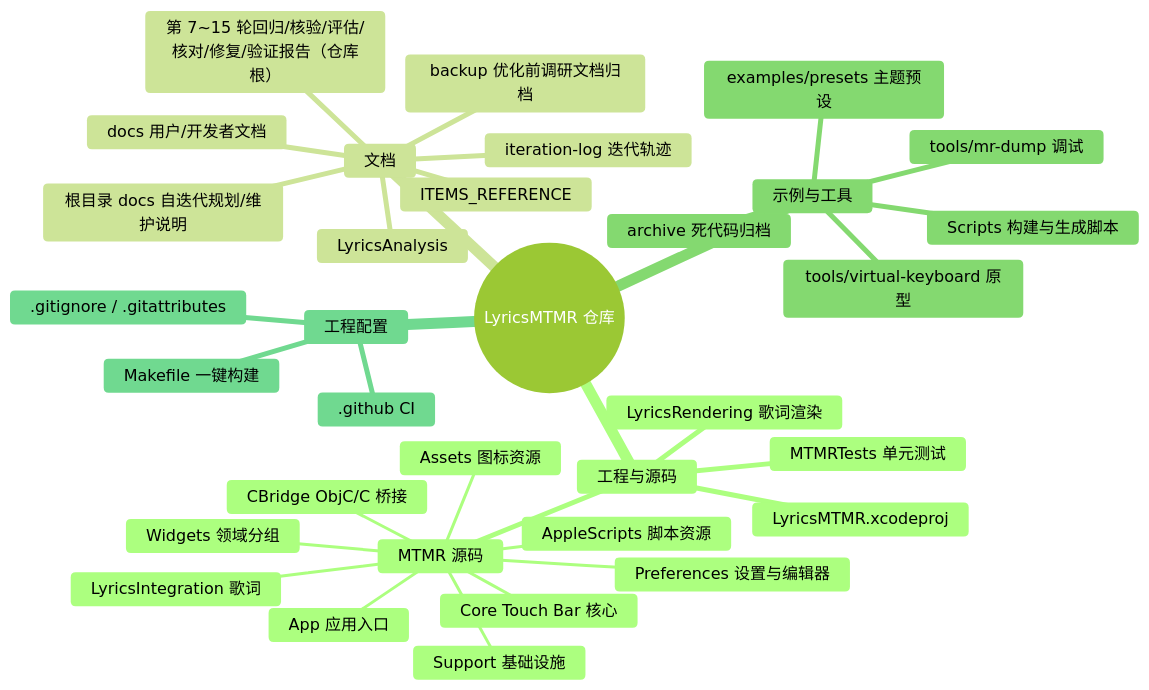
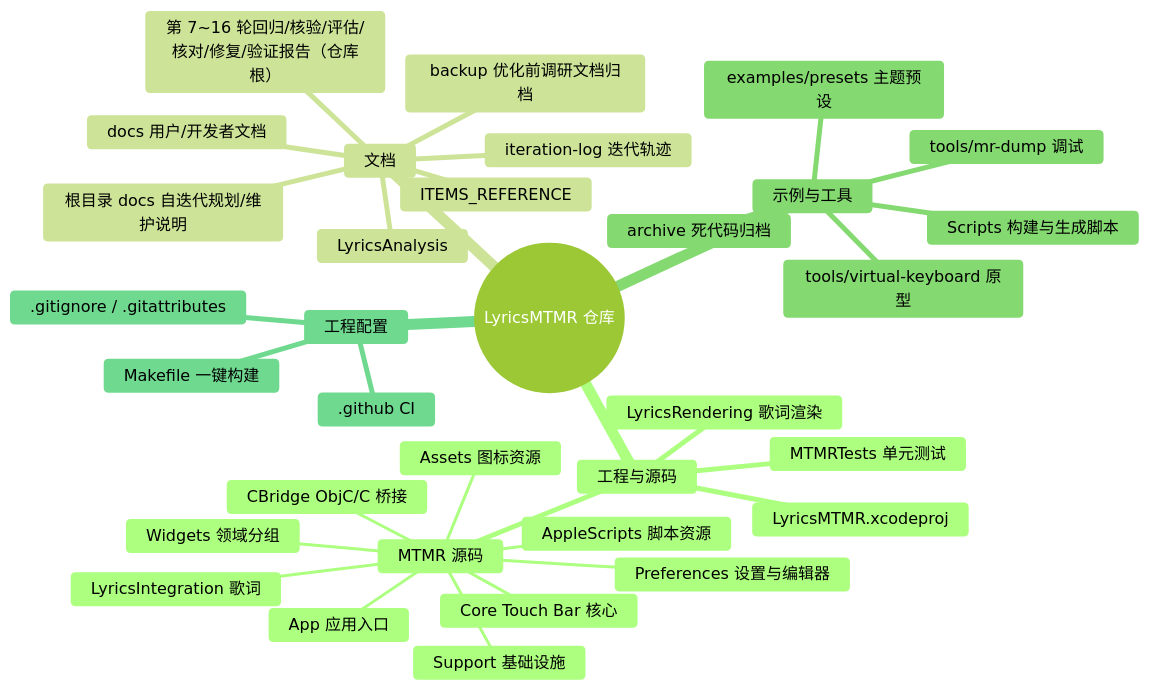
Before and after one commit to Tangzishun-Li/LyricsMTMR: the first of 2 diagrams in LyricsMTMR/docs/file-structure.zh.md, drawn with Mermaid (forest theme). The commit also changed other lines of this file and 3 other files, not shown here.

````diff
--- a/LyricsMTMR/docs/file-structure.zh.md
+++ b/LyricsMTMR/docs/file-structure.zh.md
@@ -10,36 +10,36 @@
 ```mermaid
 mindmap
   root((LyricsMTMR 仓库))
     工程与源码
       LyricsMTMR.xcodeproj
       MTMR 源码
         App 应用入口
         Core Touch Bar 核心
         Support 基础设施
         Widgets 领域分组
         Preferences 设置与编辑器
         LyricsIntegration 歌词
         CBridge ObjC/C 桥接
         AppleScripts 脚本资源
         Assets 图标资源
       LyricsRendering 歌词渲染
       MTMRTests 单元测试
     文档
       docs 用户/开发者文档
       ITEMS_REFERENCE
       LyricsAnalysis
       backup 优化前调研文档归档
       iteration-log 迭代轨迹
       根目录 docs 自迭代规划/维护说明
-      第 7~15 轮回归/核验/评估/核对/修复/验证报告（仓库根）
+      第 7~16 轮回归/核验/评估/核对/修复/验证报告（仓库根）
     示例与工具
       examples/presets 主题预设
       tools/mr-dump 调试
       tools/virtual-keyboard 原型
       Scripts 构建与生成脚本
       archive 死代码归档
     工程配置
       .github CI
       .gitignore / .gitattributes
       Makefile 一键构建
 ```
````
